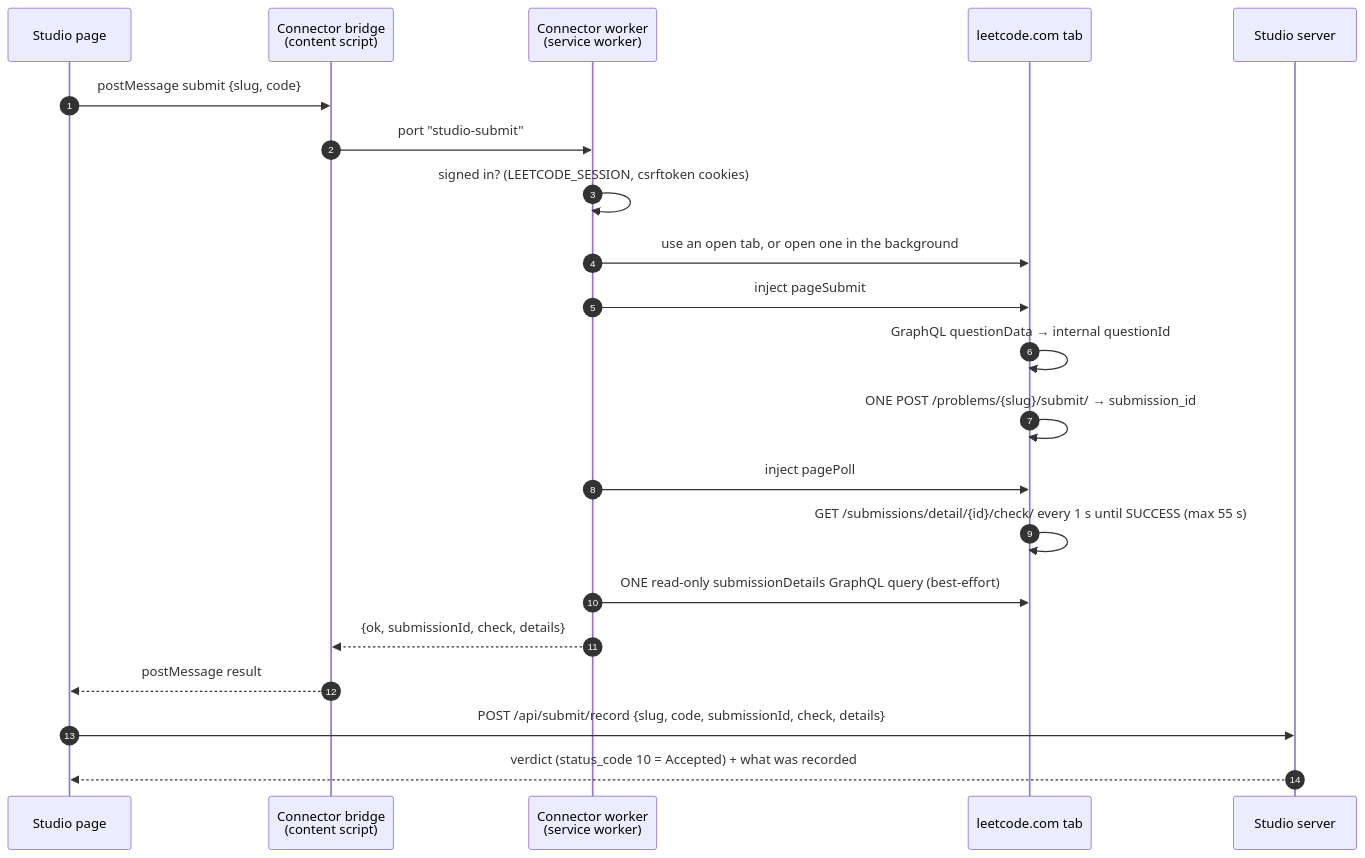
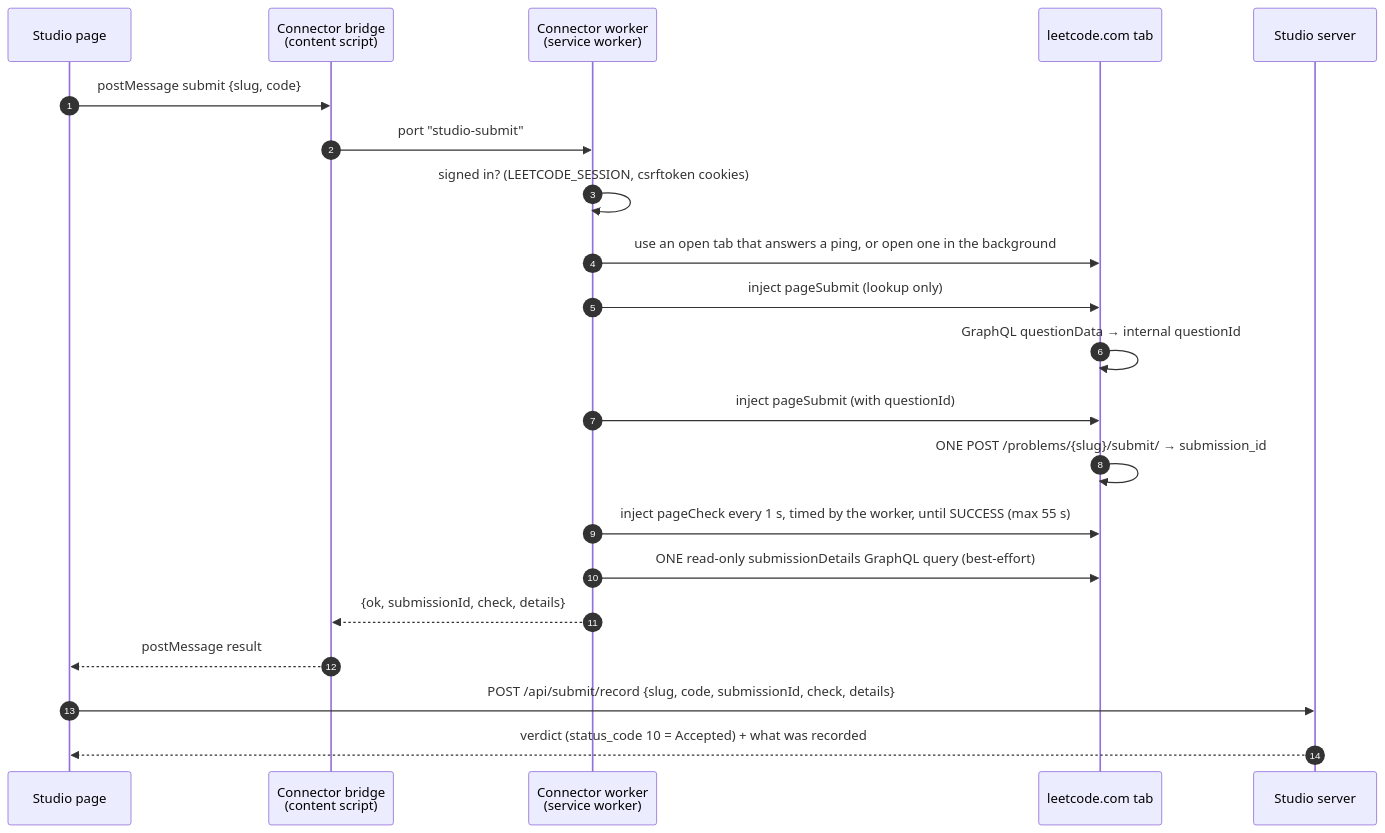
Before and after one commit to dhirajcdry/practice-studio: the first of 2 diagrams in docs/SUBMITTING.md, drawn with Mermaid. The commit also changed other lines of this file and 232 other files, not shown here.

````diff
--- a/docs/SUBMITTING.md
+++ b/docs/SUBMITTING.md
@@ -30,23 +30,23 @@
 ```mermaid
 sequenceDiagram
   autonumber
   participant P as Studio page
   participant B as Connector bridge<br/>(content script)
   participant W as Connector worker<br/>(service worker)
   participant T as leetcode.com tab
   participant S as Studio server
   P->>B: postMessage submit {slug, code}
   B->>W: port "studio-submit"
   W->>W: signed in? (LEETCODE_SESSION, csrftoken cookies)
-  W->>T: use an open tab, or open one in the background
-  W->>T: inject pageSubmit
+  W->>T: use an open tab that answers a ping, or open one in the background
+  W->>T: inject pageSubmit (lookup only)
   T->>T: GraphQL questionData → internal questionId
+  W->>T: inject pageSubmit (with questionId)
   T->>T: ONE POST /problems/{slug}/submit/ → submission_id
-  W->>T: inject pagePoll
-  T->>T: GET /submissions/detail/{id}/check/ every 1 s until SUCCESS (max 55 s)
+  W->>T: inject pageCheck every 1 s, timed by the worker, until SUCCESS (max 55 s)
   W->>T: ONE read-only submissionDetails GraphQL query (best-effort)
   W-->>B: {ok, submissionId, check, details}
   B-->>P: postMessage result
   P->>S: POST /api/submit/record {slug, code, submissionId, check, details}
   S-->>P: verdict (status_code 10 = Accepted) + what was recorded
 ```
````
